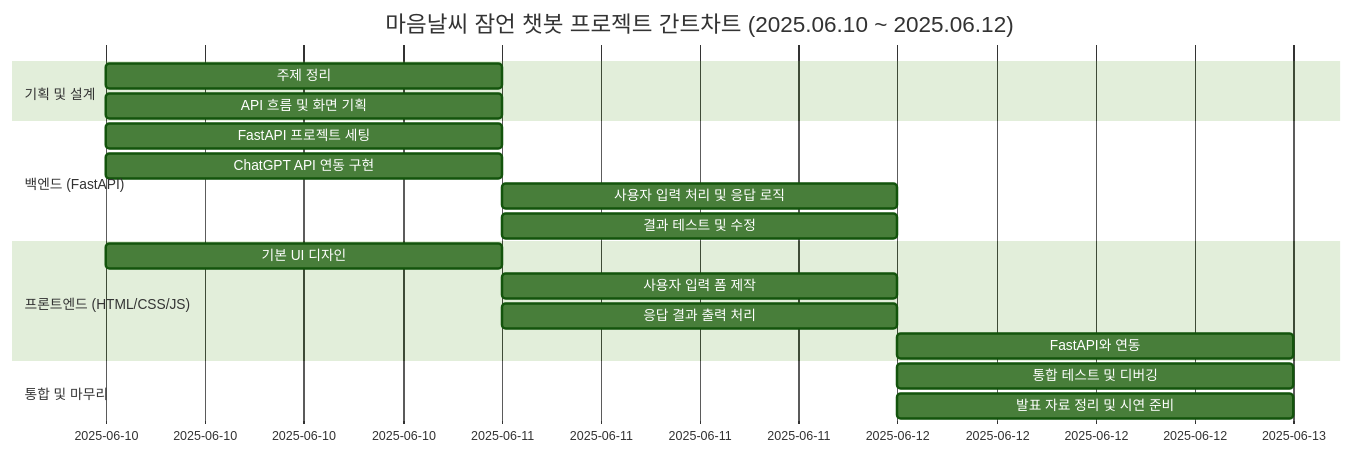
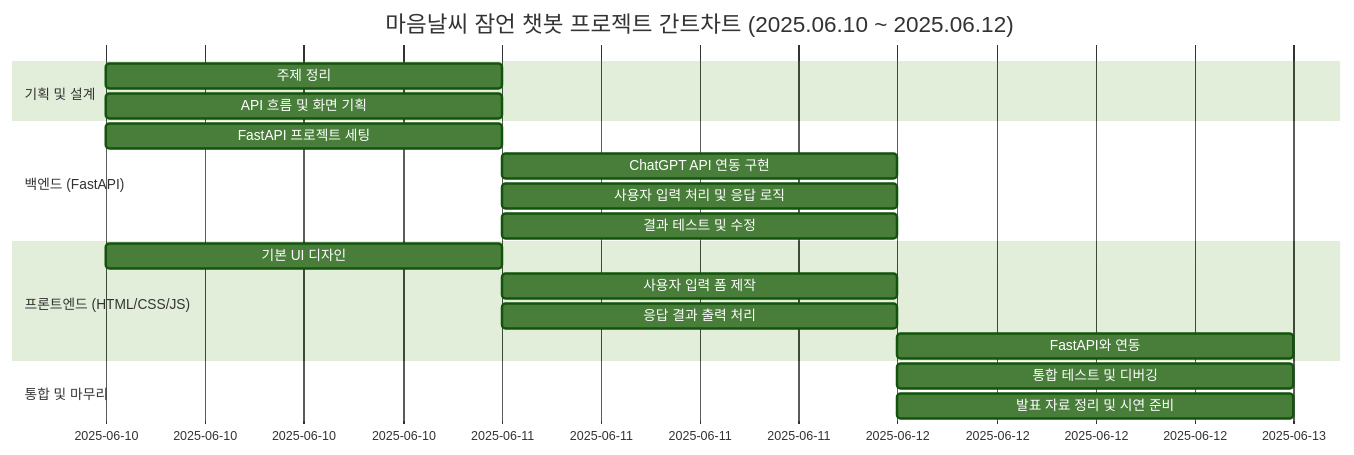
The diagram in README.md (GH-57/First_Project), drawn with Mermaid (forest theme) before and after one commit.

Commit message:
프로젝트 1일차

````diff
--- a/README.md
+++ b/README.md
@@ -3,27 +3,27 @@
 ```mermaid
 gantt
     title 마음날씨 잠언 챗봇 프로젝트 간트차트 (2025.06.10 ~ 2025.06.12)
     dateFormat  YYYY-MM-DD
     excludes    weekends
 
     section 기획 및 설계
     주제 정리        :   2025-06-10, 0.5d
     API 흐름 및 화면 기획        :   2025-06-10, 0.5d
 
     section 백엔드 (FastAPI)
     FastAPI 프로젝트 세팅        :2025-06-10, 0.5d
-    ChatGPT API 연동 구현        :        2025-06-10, 0.5d
+    ChatGPT API 연동 구현        :        2025-06-11, 0.5d
     사용자 입력 처리 및 응답 로직:        2025-06-11, 0.5d
     결과 테스트 및 수정          :        2025-06-11, 0.5d
 
     section 프론트엔드 (HTML/CSS/JS)
     기본 UI 디자인               :        2025-06-10, 0.5d
     사용자 입력 폼 제작          :        2025-06-11, 0.5d
     응답 결과 출력 처리          :        2025-06-11, 0.5d
     FastAPI와 연동               :        2025-06-12, 0.5d
 
     section 통합 및 마무리
     통합 테스트 및 디버깅        :        2025-06-12, 0.5d
     발표 자료 정리 및 시연 준비  :        2025-06-12, 0.5d
 
 ```
````
